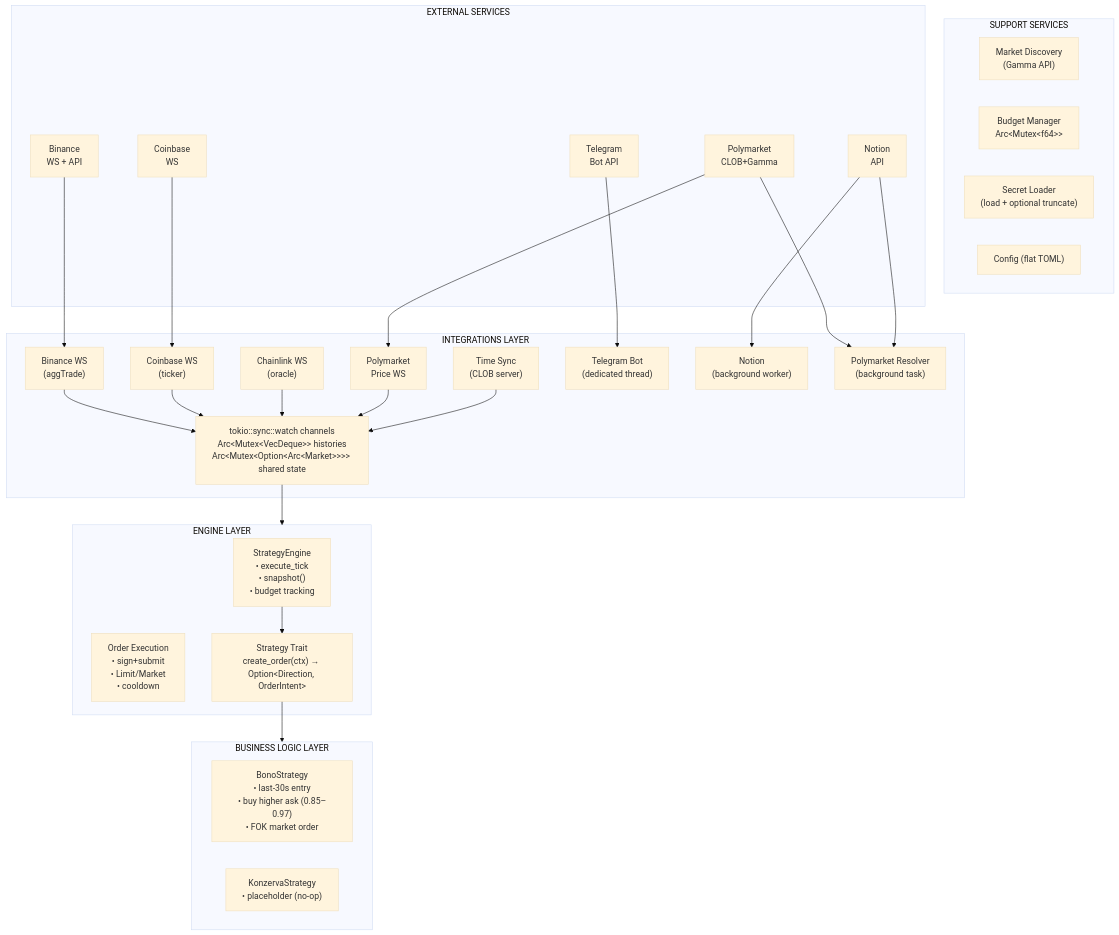
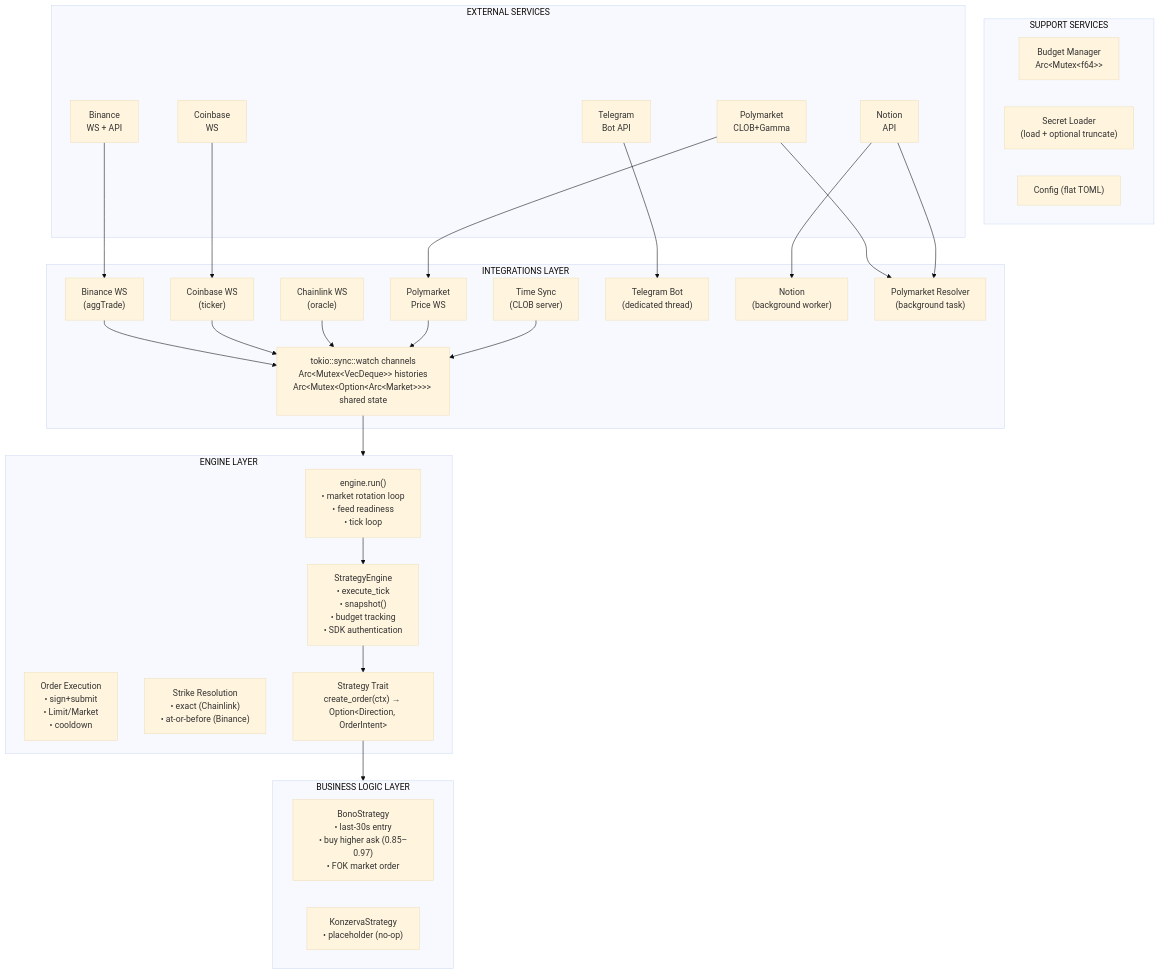
Before and after one commit to bbono/serekes: the first of 3 diagrams in docs/ARCHITECTURE.md, drawn with Mermaid (base theme). The commit also changed other lines of this file and 12 other files, not shown here.

First line of the commit message:
Simplify architecture: thin main.rs, engine owns bot loop, split polymarket

````diff
--- a/docs/ARCHITECTURE.md
+++ b/docs/ARCHITECTURE.md
@@ -9,55 +9,57 @@
 ```mermaid
 graph TD
     subgraph INTEGRATIONS["INTEGRATIONS LAYER"]
         BIN_WS["Binance WS<br/>(aggTrade)"]
         CB_WS["Coinbase WS<br/>(ticker)"]
         CL_WS["Chainlink WS<br/>(oracle)"]
         PM_WS["Polymarket<br/>Price WS"]
         SYNC["Time Sync<br/>(CLOB server)"]
         CHANNELS["tokio::sync::watch channels<br/>Arc&lt;Mutex&lt;VecDeque&gt;&gt; histories<br/>Arc&lt;Mutex&lt;Option&lt;Arc&lt;Market&gt;&gt;&gt;&gt; shared state"]
         TG["Telegram Bot<br/>(dedicated thread)"]
         NOTION["Notion<br/>(background worker)"]
         RESOLVER["Polymarket Resolver<br/>(background task)"]
     end
 
     BIN_WS & CB_WS & CL_WS & PM_WS & SYNC --> CHANNELS
 
     subgraph ENGINE["ENGINE LAYER"]
-        SE["StrategyEngine<br/>• execute_tick<br/>• snapshot()<br/>• budget tracking"]
+        RUN["engine.run()<br/>• market rotation loop<br/>• feed readiness<br/>• tick loop"]
+        SE["StrategyEngine<br/>• execute_tick<br/>• snapshot()<br/>• budget tracking<br/>• SDK authentication"]
         OE["Order Execution<br/>• sign+submit<br/>• Limit/Market<br/>• cooldown"]
+        STRIKE["Strike Resolution<br/>• exact (Chainlink)<br/>• at-or-before (Binance)"]
         TRAIT["Strategy Trait<br/>create_order(ctx) → Option&lt;Direction, OrderIntent&gt;"]
+        RUN --> SE
         SE --> TRAIT
     end
 
     CHANNELS --> ENGINE
 
     subgraph BIZ["BUSINESS LOGIC LAYER"]
         BONO["BonoStrategy<br/>• last-30s entry<br/>• buy higher ask (0.85–0.97)<br/>• FOK market order"]
         KONZ["KonzervaStrategy<br/>• placeholder (no-op)"]
     end
 
     TRAIT --> BIZ
 
     subgraph SUPPORT["SUPPORT SERVICES"]
-        MD["Market Discovery<br/>(Gamma API)"]
         BUDGET["Budget Manager<br/>Arc&lt;Mutex&lt;f64&gt;&gt;"]
         SECRETS["Secret Loader<br/>(load + optional truncate)"]
         CFG["Config (flat TOML)"]
     end
 
     subgraph EXT["EXTERNAL SERVICES"]
         E_BIN["Binance<br/>WS + API"]
         E_CB["Coinbase<br/>WS"]
         E_PM["Polymarket<br/>CLOB+Gamma"]
         E_TG["Telegram<br/>Bot API"]
         E_NOTION["Notion<br/>API"]
     end
 
     E_BIN --> BIN_WS
     E_CB --> CB_WS
     E_PM --> PM_WS
     E_PM --> RESOLVER
     E_TG --> TG
     E_NOTION --> NOTION
     E_NOTION --> RESOLVER
 ```
````
